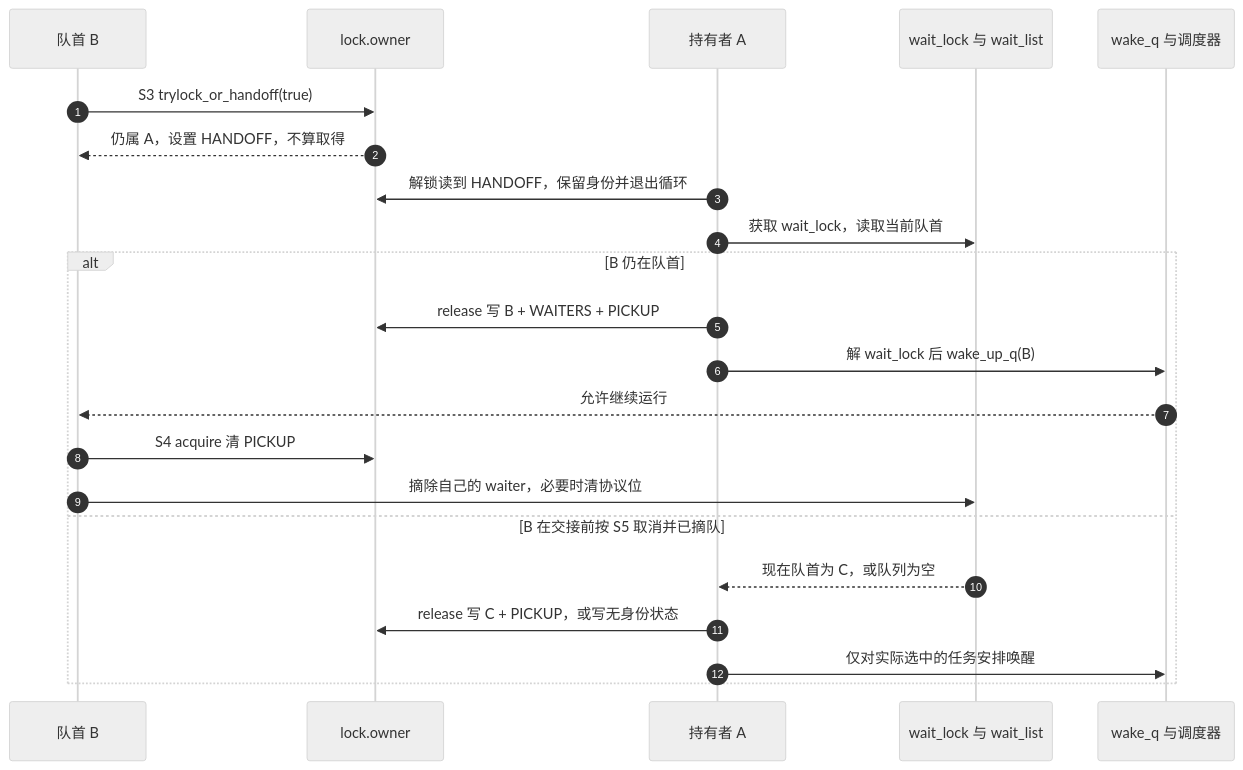
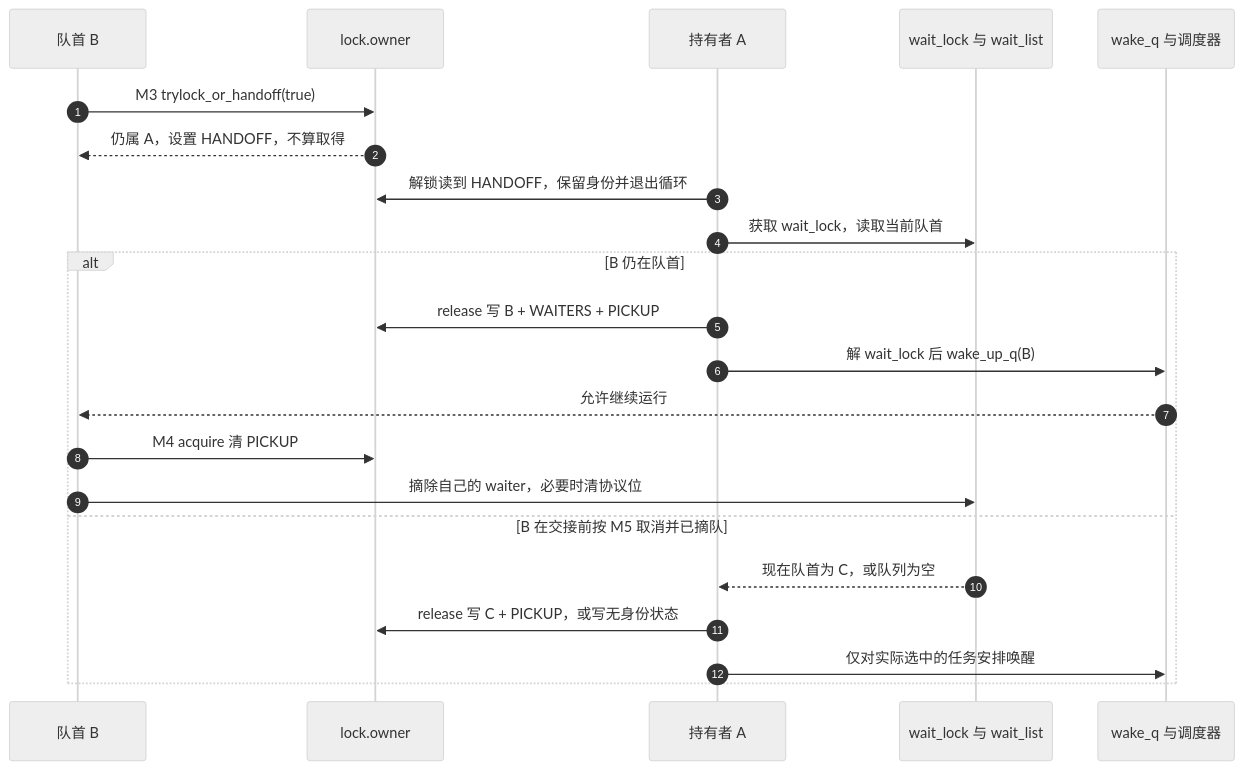
The second of 2 diagrams in research/source_reading/locking/source_explanations/kernel/locking/mutex.c.md (FormingSystem/linux_note), drawn with Mermaid (neutral theme) before and after one commit. The commit also changed other lines of this file and 8 other files, not shown here.

````diff
--- a/research/source_reading/locking/source_explanations/kernel/locking/mutex.c.md
+++ b/research/source_reading/locking/source_explanations/kernel/locking/mutex.c.md
@@ -495,24 +495,24 @@
 ```mermaid
 sequenceDiagram
     autonumber
     participant B as 队首 B
     participant O as lock.owner
     participant A as 持有者 A
     participant L as wait_lock 与 wait_list
     participant Q as wake_q 与调度器
-    B->>O: S3 trylock_or_handoff(true)
+    B->>O: M3 trylock_or_handoff(true)
     O-->>B: 仍属 A，设置 HANDOFF，不算取得
     A->>O: 解锁读到 HANDOFF，保留身份并退出循环
     A->>L: 获取 wait_lock，读取当前队首
     alt B 仍在队首
         A->>O: release 写 B + WAITERS + PICKUP
         A->>Q: 解 wait_lock 后 wake_up_q(B)
         Q-->>B: 允许继续运行
-        B->>O: S4 acquire 清 PICKUP
+        B->>O: M4 acquire 清 PICKUP
         B->>L: 摘除自己的 waiter，必要时清协议位
-    else B 在交接前按 S5 取消并已摘队
+    else B 在交接前按 M5 取消并已摘队
         L-->>A: 现在队首为 C，或队列为空
         A->>O: release 写 C + PICKUP，或写无身份状态
         A->>Q: 仅对实际选中的任务安排唤醒
     end
 ```
````
